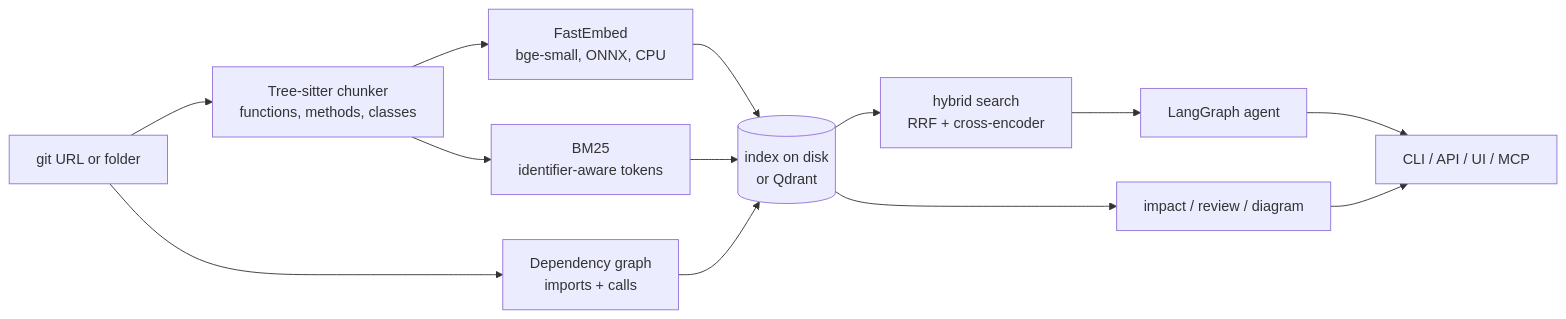
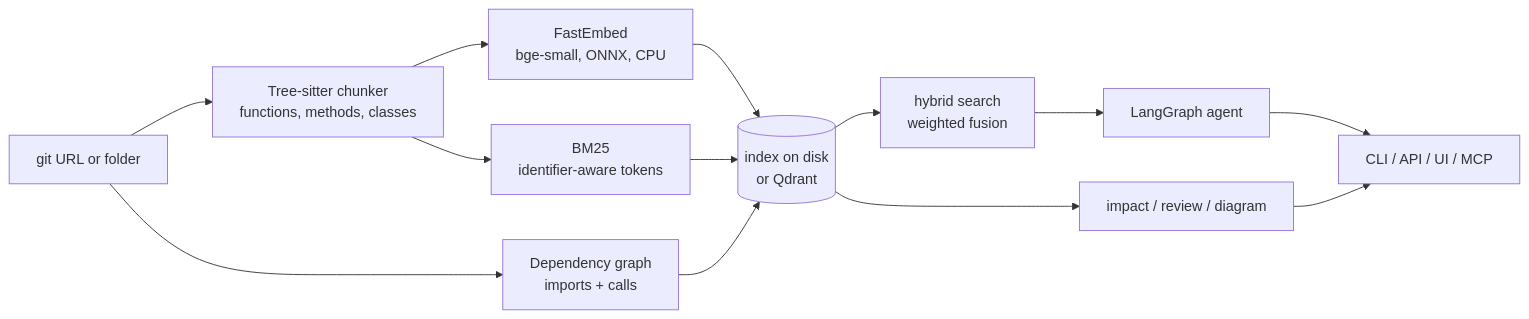
The first of 2 diagrams in README.md (dhruvg0ya1/CodeoGraph), drawn with Mermaid before and after one commit. The commit also changed other lines of this file and 6 other files, not shown here.

````diff
--- a/README.md
+++ b/README.md
@@ -111,15 +114,15 @@
 ```mermaid
 flowchart LR
     A[git URL or folder] --> B[Tree-sitter chunker<br/>functions, methods, classes]
     B --> C[FastEmbed<br/>bge-small, ONNX, CPU]
     B --> D[BM25<br/>identifier-aware tokens]
     A --> E[Dependency graph<br/>imports + calls]
     C --> F[(index on disk<br/>or Qdrant)]
     D --> F
     E --> F
-    F --> G[hybrid search<br/>RRF + cross-encoder]
+    F --> G[hybrid search<br/>weighted fusion]
     G --> H[LangGraph agent]
     F --> I[impact / review / diagram]
     H --> J[CLI / API / UI / MCP]
     I --> J
 ```
````
